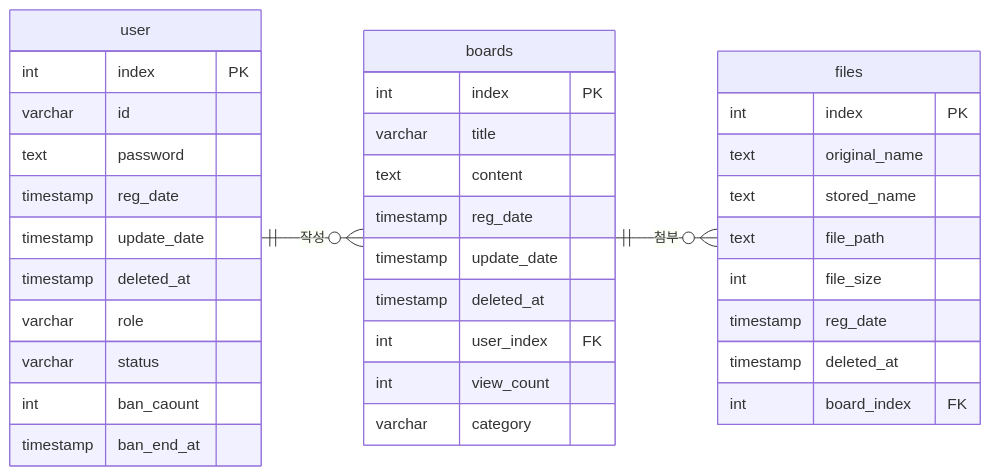
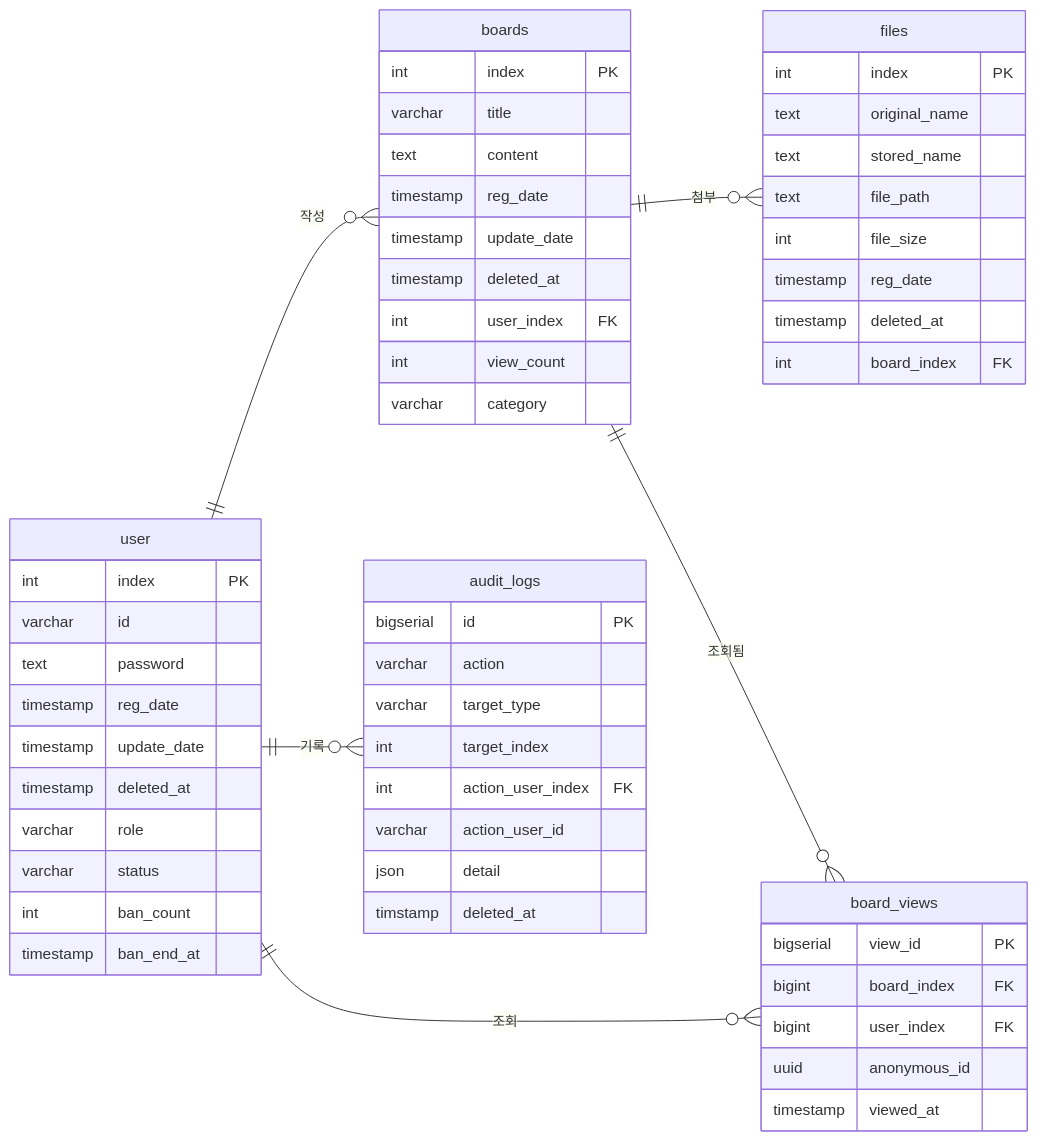
One commit to Tae-Geon-Kim/FastAPI-Community-Backend changed the diagram in docs/db_table.md. Above: the diagram before and after it, drawn with Mermaid.

Commit message:
docs: 변경된 db 테이블 반영

````diff
--- a/docs/db_table.md
+++ b/docs/db_table.md
@@ -1,41 +1,64 @@
 ```mermaid
 erDiagram
-    direction LR
-    user {
-        int index PK
-        varchar id
-        text password
-        timestamp reg_date
-        timestamp update_date
-        timestamp deleted_at
-        varchar role
-        varchar status
-        int ban_caount
-        timestamp ban_end_at
+	direction LR
+	user {
+		int index PK ""  
+		varchar id  ""  
+		text password  ""  
+		timestamp reg_date  ""  
+		timestamp update_date  ""  
+		timestamp deleted_at  ""  
+		varchar role  ""  
+		varchar status  ""  
+		int ban_count  ""  
+		timestamp ban_end_at  ""  
+	}
+
+	boards {
+		int index PK ""  
+		varchar title  ""  
+		text content  ""  
+		timestamp reg_date  ""  
+		timestamp update_date  ""  
+		timestamp deleted_at  ""  
+		int user_index FK ""  
+		int view_count  ""  
+		varchar category  ""  
+	}
+
+	files {
+		int index PK ""  
+		text original_name  ""  
+		text stored_name  ""  
+		text file_path  ""  
+		int file_size  ""  
+		timestamp reg_date  ""  
+		timestamp deleted_at  ""  
+		int board_index FK ""  
+	}
+
+	audit_logs {
+		bigserial id PK ""  
+		varchar action  ""  
+		varchar target_type  ""  
+		int target_index  ""  
+		int action_user_index FK ""  
+		varchar action_user_id  ""  
+		json detail  ""  
+		timstamp deleted_at  ""  
+	}
+
+	user ||--o{ boards : "작성"
+    user ||--o{ audit_logs : "기록"
+    user ||--o{ board_views : "조회"
+    boards ||--o{ files : "첨부"
+    boards ||--o{ board_views : "조회됨"
+
+    board_views {
+        bigserial view_id PK
+        bigint board_index FK
+        bigint user_index FK
+        uuid anonymous_id
+		timestamp viewed_at
     }
-
-    boards {
-        int index PK
-        varchar title
-        text content
-        timestamp reg_date
-        timestamp update_date
-        timestamp deleted_at
-        int user_index FK
-        int view_count
-        varchar category
-    }
-
-    files {
-        int index PK
-        text original_name
-        text stored_name
-        text file_path
-        int file_size
-        timestamp reg_date
-        timestamp deleted_at
-        int board_index FK
-    }
-    user ||--o{ boards : "작성"
-    boards ||--o{ files : "첨부"
 ```
````
